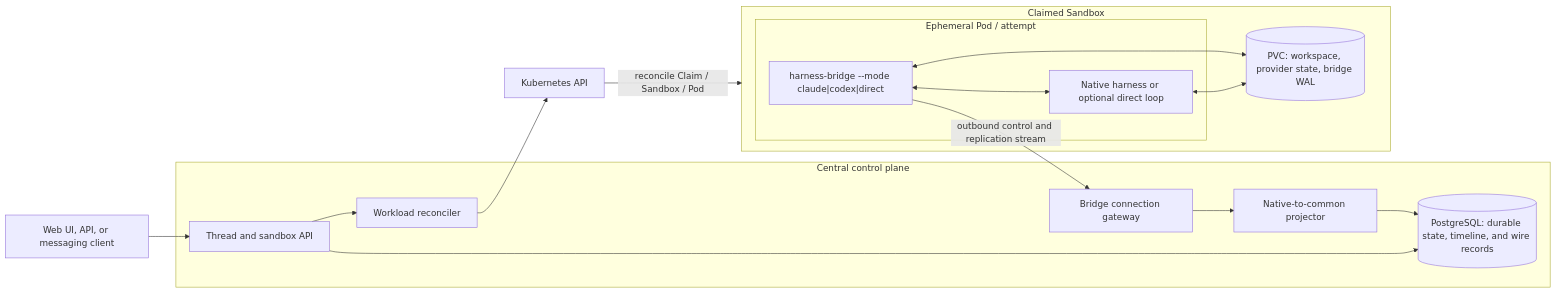
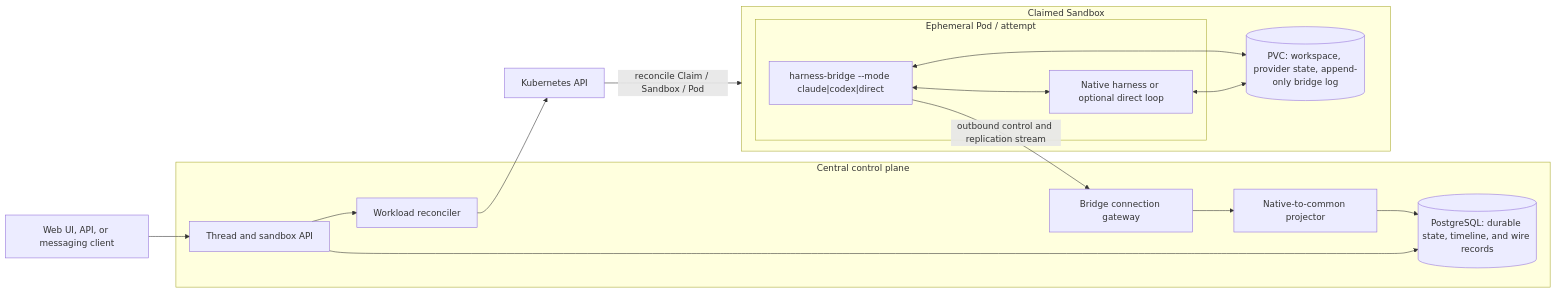
One commit to agentydragon-agent/ducktape changed the first of 3 diagrams in docs/harness_control_plane/architecture.md. Above: the diagram before and after it, drawn with Mermaid. The commit also changed other lines of this file and 6 other files, not shown here.

````diff
--- a/docs/harness_control_plane/architecture.md
+++ b/docs/harness_control_plane/architecture.md
@@ -74,33 +291,33 @@
 ```mermaid
 flowchart LR
     Client["Web UI, API, or messaging client"] --> API
 
     subgraph ControlPlane["Central control plane"]
         API["Thread and sandbox API"]
         Reconciler["Workload reconciler"]
         Gateway["Bridge connection gateway"]
         Projector["Native-to-common projector"]
         DB[("PostgreSQL: durable state, timeline, and wire records")]
 
         API --> DB
         API --> Reconciler
         Gateway --> Projector
         Projector --> DB
     end
 
     Reconciler --> Kube["Kubernetes API"]
 
     subgraph Sandbox["Claimed Sandbox"]
         subgraph Pod["Ephemeral Pod / attempt"]
             Bridge["harness-bridge --mode claude|codex|direct"]
             Harness["Native harness or optional direct loop"]
             Bridge <--> Harness
         end
-        Workspace[("PVC: workspace, provider state, bridge WAL")]
+        Workspace[("PVC: workspace, provider state, append-only bridge log")]
         Harness <--> Workspace
         Bridge <--> Workspace
     end
 
     Kube -- "reconcile Claim / Sandbox / Pod" --> Sandbox
     Bridge -- "outbound control and replication stream" --> Gateway
 ```
````
